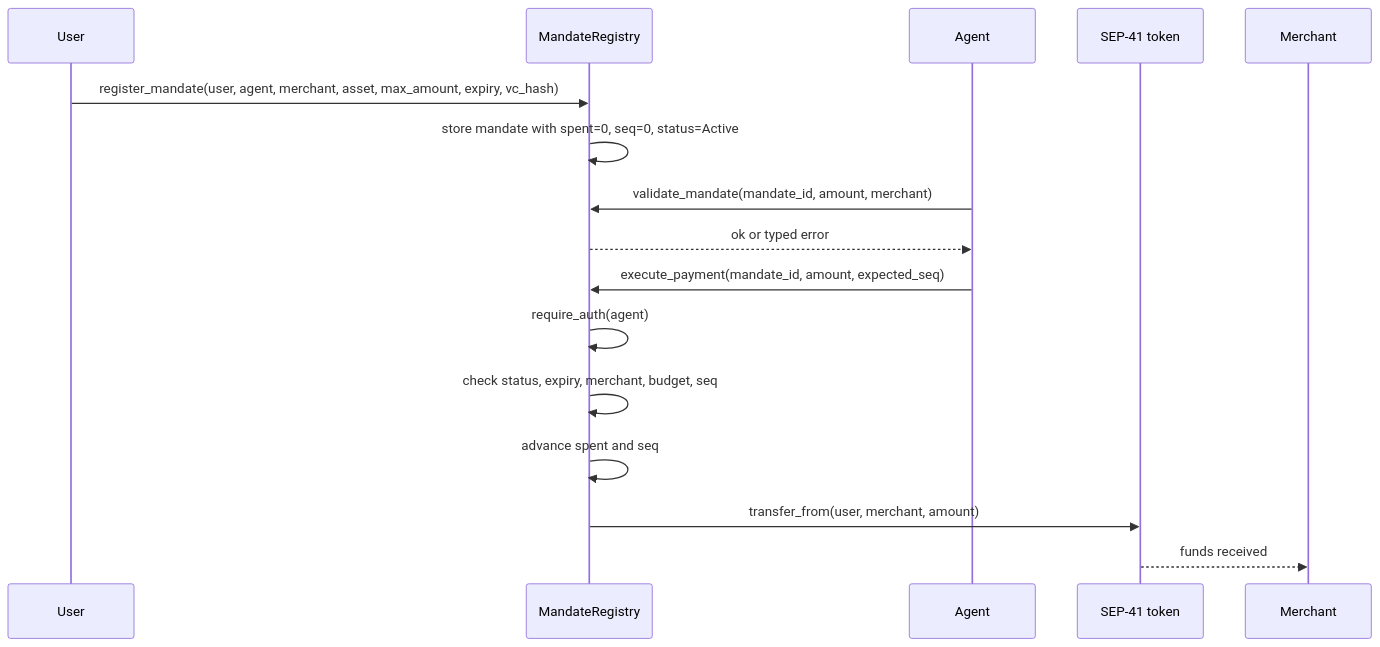
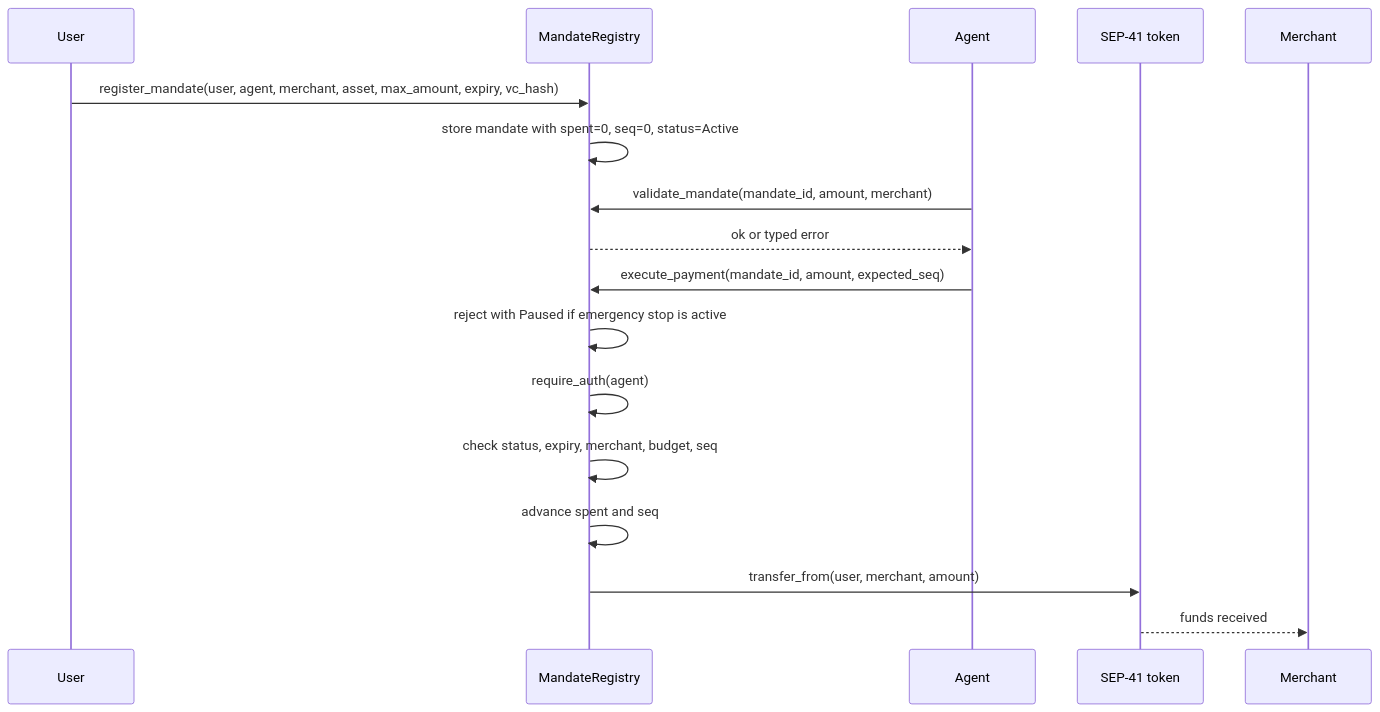
One commit to reapp-protocol/reapp-protocol-contracts changed the fourth of 5 diagrams in contracts/simple/README.md. Above: the diagram before and after it, drawn with Mermaid. The commit also changed other lines of this file and 115 other files, not shown here.

````diff
--- a/contracts/simple/README.md
+++ b/contracts/simple/README.md
@@ -91,19 +137,20 @@
 ```mermaid
 sequenceDiagram
     participant U as User
     participant C as MandateRegistry
     participant A as Agent
     participant T as SEP-41 token
     participant M as Merchant
 
     U->>C: register_mandate(user, agent, merchant, asset, max_amount, expiry, vc_hash)
     C->>C: store mandate with spent=0, seq=0, status=Active
     A->>C: validate_mandate(mandate_id, amount, merchant)
     C-->>A: ok or typed error
     A->>C: execute_payment(mandate_id, amount, expected_seq)
+    C->>C: reject with Paused if emergency stop is active
     C->>C: require_auth(agent)
     C->>C: check status, expiry, merchant, budget, seq
     C->>C: advance spent and seq
     C->>T: transfer_from(user, merchant, amount)
     T-->>M: funds received
 ```
````
